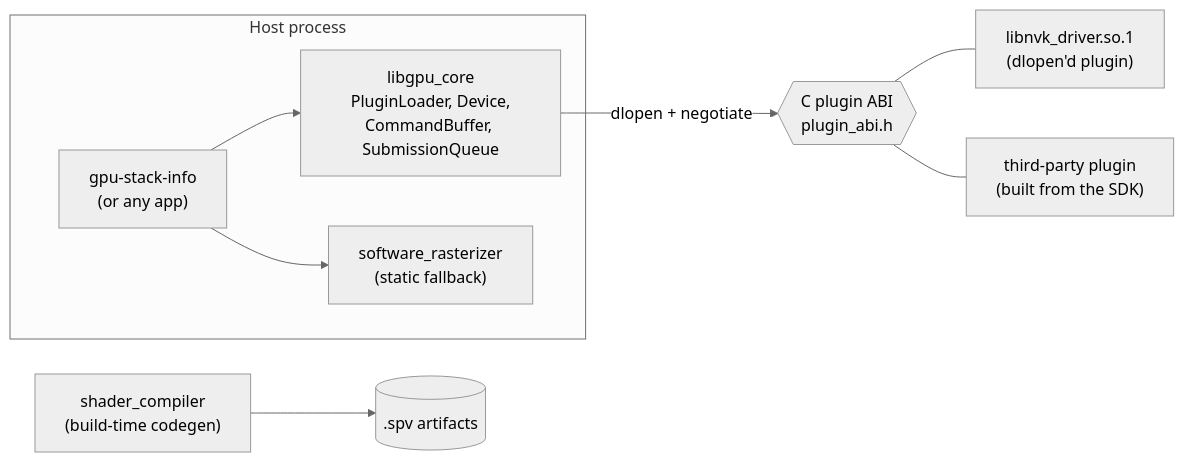
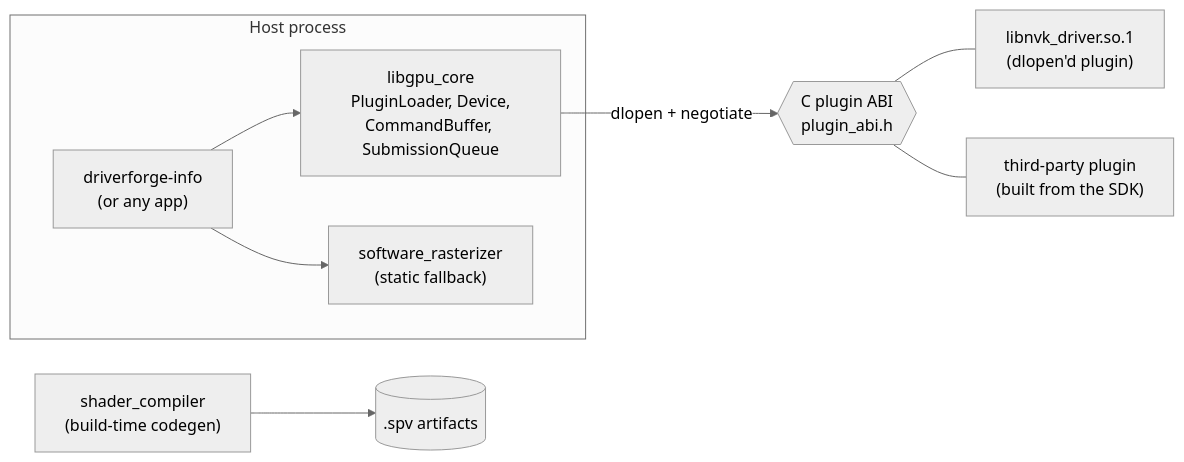
Before and after one commit to 7shantanu7/driverforge: the first of 2 diagrams in README.md, drawn with Mermaid (neutral theme). The commit also changed other lines of this file and 55 other files, not shown here.

````diff
--- a/README.md
+++ b/README.md
@@ -33,20 +35,20 @@
 ```mermaid
 flowchart LR
     subgraph host["Host process"]
-        app["gpu-stack-info<br/>(or any app)"]
+        app["driverforge-info<br/>(or any app)"]
         core["libgpu_core<br/>PluginLoader, Device,<br/>CommandBuffer, SubmissionQueue"]
         sw["software_rasterizer<br/>(static fallback)"]
     end
     abi{{"C plugin ABI<br/>plugin_abi.h"}}
     nvk["libnvk_driver.so.1<br/>(dlopen'd plugin)"]
     third["third-party plugin<br/>(built from the SDK)"]
     tool["shader_compiler<br/>(build-time codegen)"]
     spv[(".spv artifacts")]
 
     app --> core
     app --> sw
     core -- "dlopen + negotiate" --> abi
     abi --- nvk
     abi --- third
     tool --> spv
 ```
````
